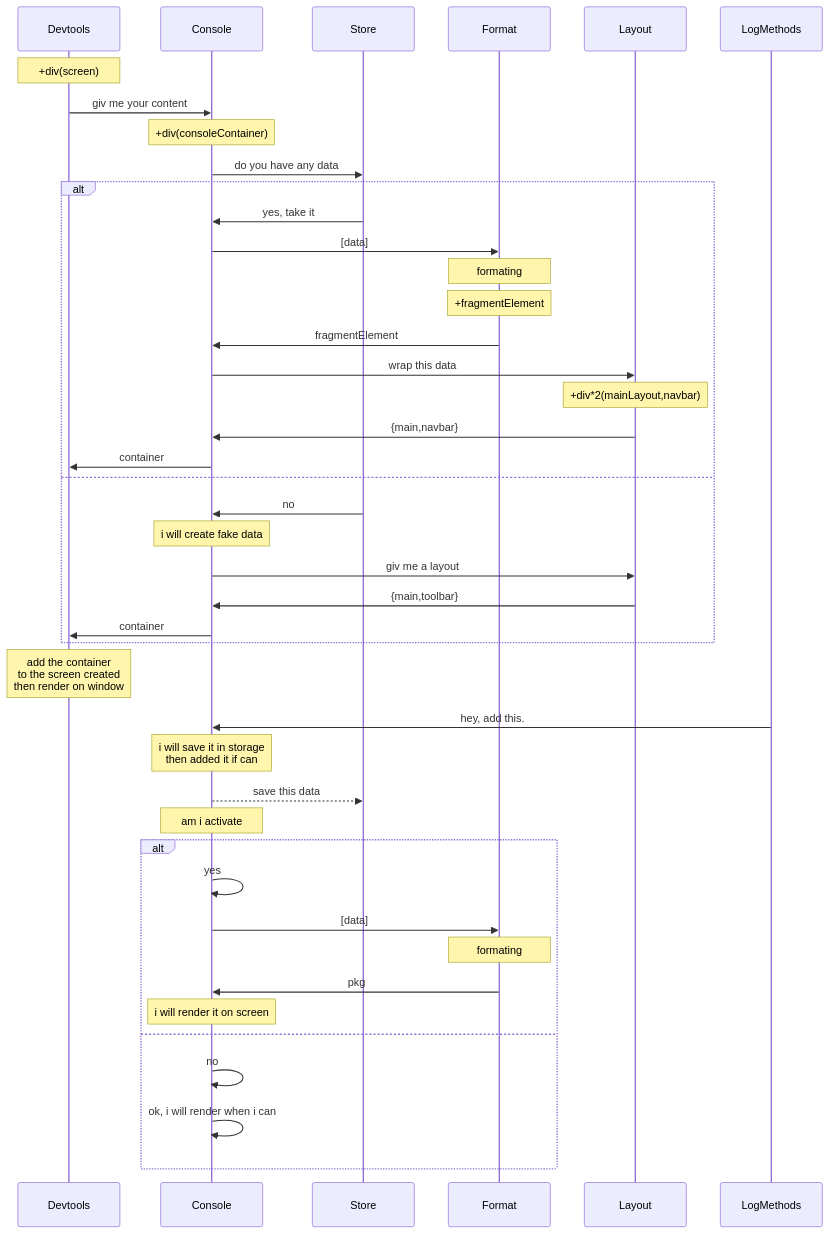
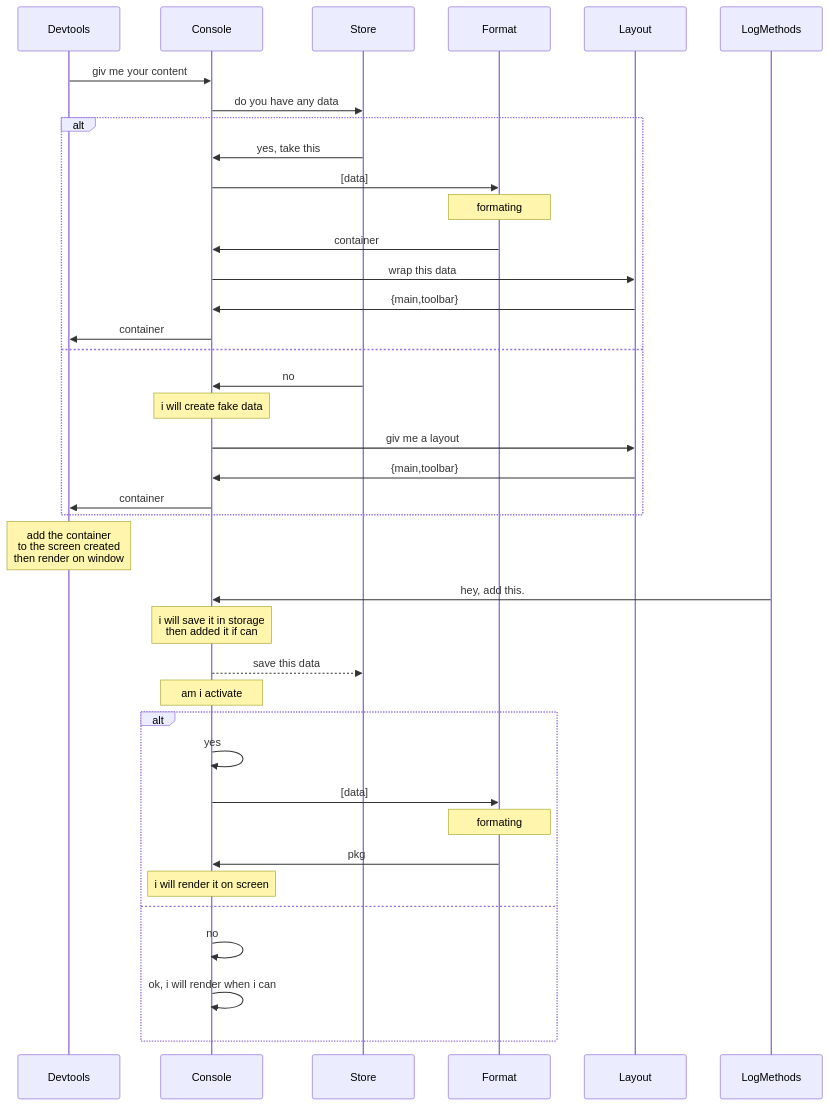
Before and after one commit to moo-m/MDev: the second of 3 diagrams in README.md, drawn with Mermaid. The commit also changed other lines of this file and 5000 other files, not shown here.

````diff
--- a/README.md
+++ b/README.md
@@ -134,55 +132,53 @@
 ```mermaid
 sequenceDiagram
 participant Devtools
 participant Console
 participant Store
 participant Format
 participant Layout
 participant LogMethods
-Note over Devtools:+div(screen)
+
 Devtools->>Console:giv me your content
-Note over Console:+div(consoleContainer)
 Console ->> Store:do you have any data
 
 alt
-Store->>Console:yes, take it
+Store->>Console:yes, take this
 Console ->> Format:[data]
 Note over Format:formating
-Note over Format:+fragmentElement
-Format ->> Console:fragmentElement
+Format ->> Console: container
 Console->>Layout:wrap this data
-Note over Layout:+div*2(mainLayout,navbar)
-Layout ->> Console:{main,navbar}
+Layout ->> Console:{main,toolbar}
 Console ->>Devtools:container
 
 else
 
 Store->>Console:no
 Note over Console:i will create fake data
 Console->>Layout:giv me a layout
 Layout ->> Console:{main,toolbar}
 Console ->>Devtools:container
 
 end
 
 Note over Devtools:add the container <br/>to the screen created <br/>then render on window
 
 LogMethods->>Console:hey, add this.
 Note over Console:i will save it in storage<br/>then added it if can
 Console -->> Store: save this data
 note over Console: am i activate
 alt
 
 Console->>Console:yes
 Console ->> Format:[data]
 Note over Format:formating
 Format ->> Console:pkg
 Note over Console:i will render it on screen
 
 else
 
 Console->>Console:no
 Console ->>Console:ok, i will render when i can
 
 end
+
 ```
````
